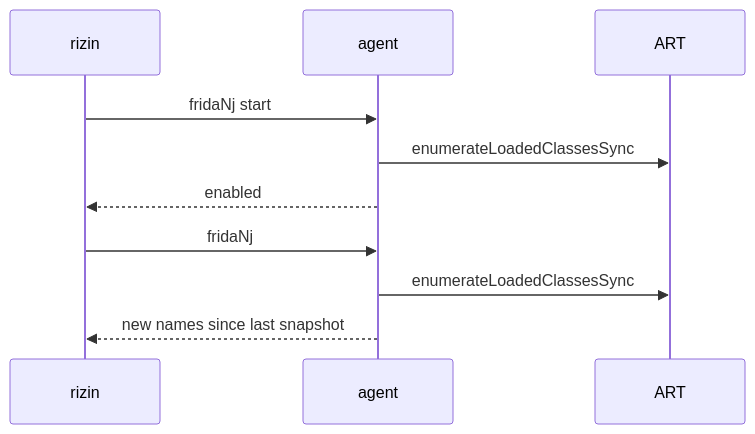
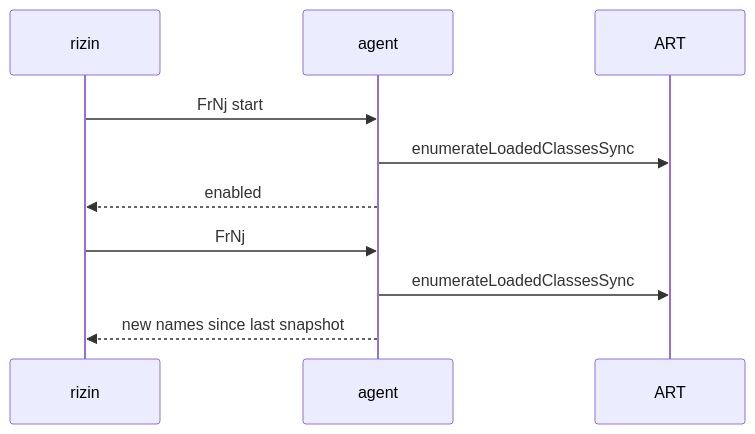
One commit to rizinorg/rz-frida changed the diagram in docs/android_journey/watching_class_loads.qmd. Above: the diagram before and after it, drawn with Mermaid. The commit also changed other lines of this file and 53 other files, not shown here.

````diff
--- a/docs/android_journey/watching_class_loads.qmd
+++ b/docs/android_journey/watching_class_loads.qmd
@@ -73,12 +73,12 @@
 ```{mermaid}
 sequenceDiagram
     participant R as rizin
     participant A as agent
     participant ART as ART
-    R->>A: fridaNj start
+    R->>A: FrNj start
     A->>ART: enumerateLoadedClassesSync
     A-->>R: enabled
-    R->>A: fridaNj
+    R->>A: FrNj
     A->>ART: enumerateLoadedClassesSync
     A-->>R: new names since last snapshot
 ```
````
